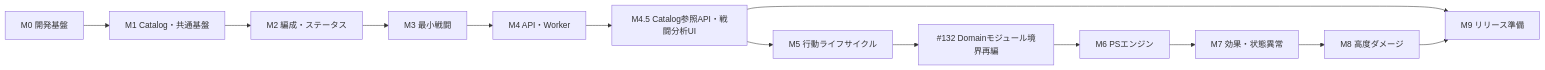
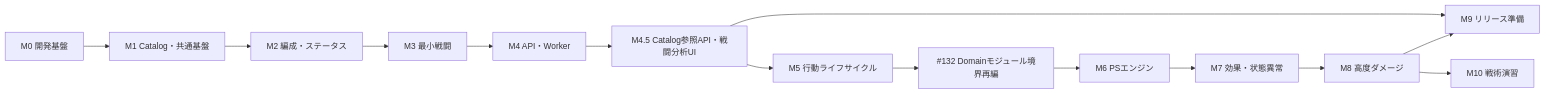
Before and after one commit to komei0727/muvluvgg_battle_simulator: the diagram in docs/ddd/13_実装計画.md, drawn with Mermaid. The commit also changed other lines of this file and 21 other files, not shown here.

````diff
--- a/docs/ddd/13_実装計画.md
+++ b/docs/ddd/13_実装計画.md
@@ -67,15 +68,16 @@
 ```mermaid
 flowchart LR
     M0["M0 開発基盤"] --> M1["M1 Catalog・共通基盤"]
     M1 --> M2["M2 編成・ステータス"]
     M2 --> M3["M3 最小戦闘"]
     M3 --> M4["M4 API・Worker"]
     M4 --> M45["M4.5 Catalog参照API・戦闘分析UI"]
     M45 --> M5["M5 行動ライフサイクル"]
     M5 --> ARCH["#132 Domainモジュール境界再編"]
     ARCH --> M6["M6 PSエンジン"]
     M6 --> M7["M7 効果・状態異常"]
     M7 --> M8["M8 高度ダメージ"]
     M45 --> M9["M9 リリース準備"]
     M8 --> M9
+    M8 --> M10["M10 戦術演習"]
 ```
````
